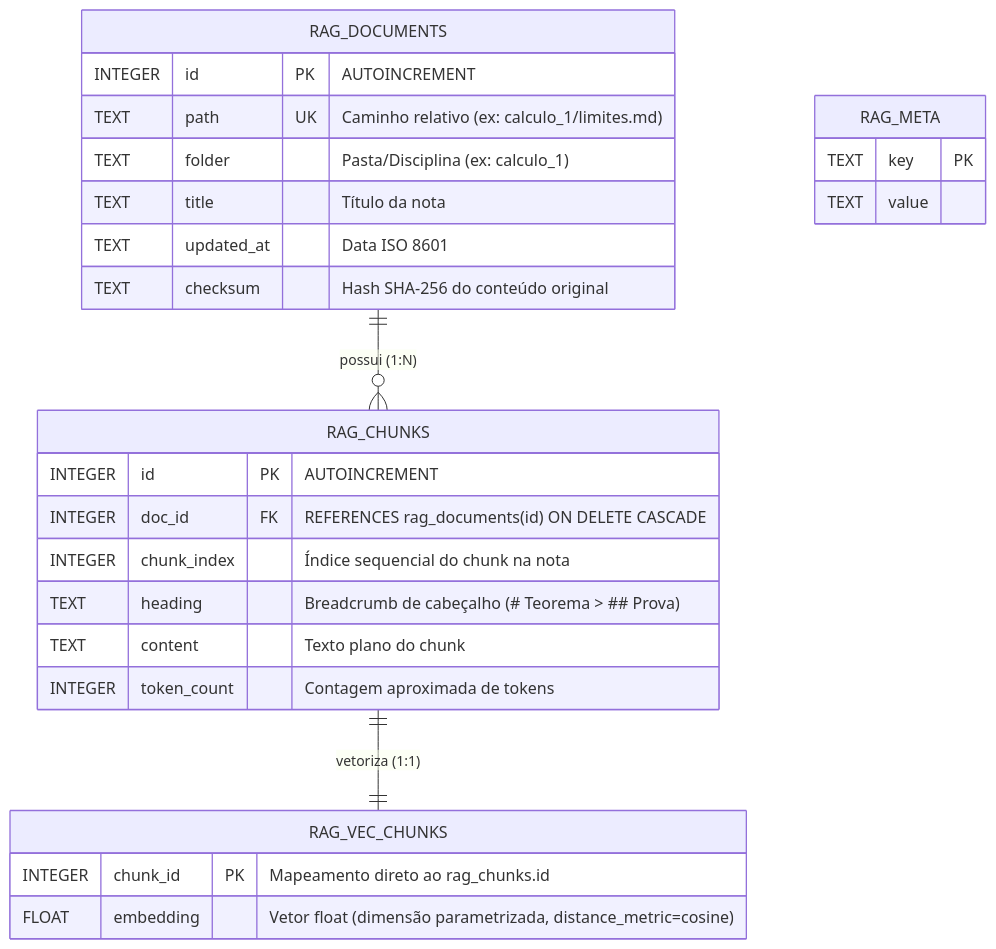
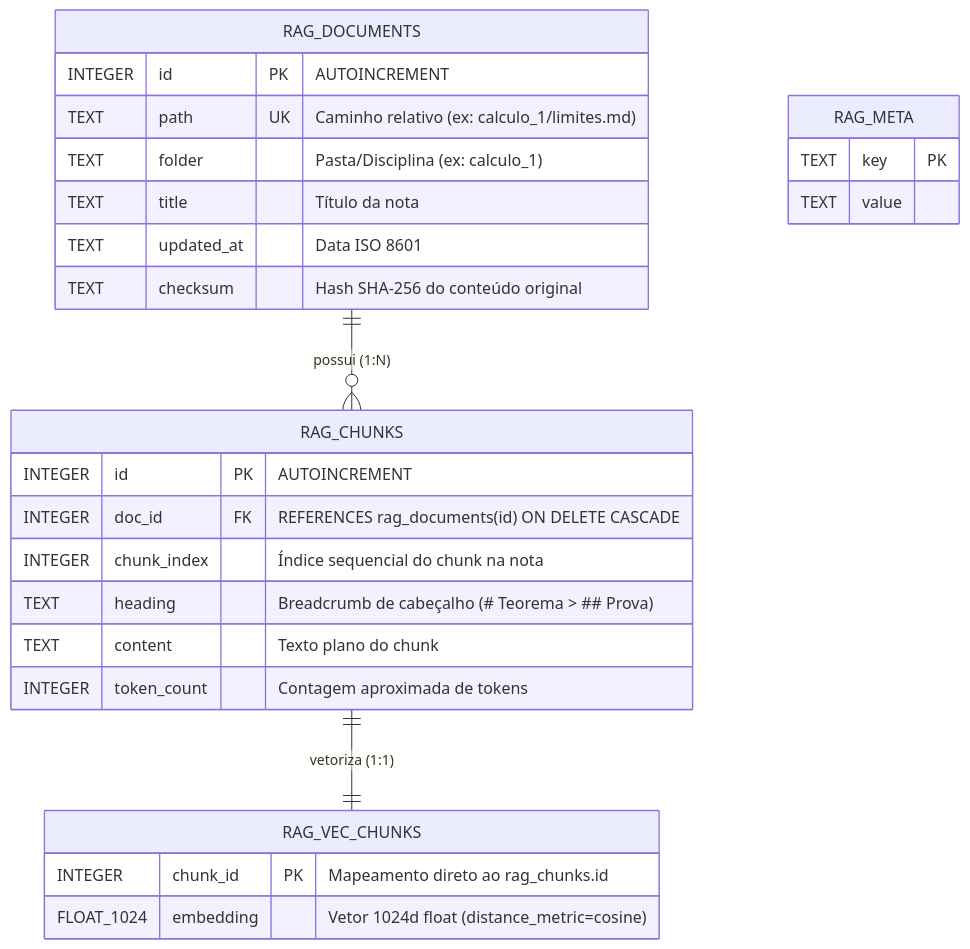
One commit to cleiton1231/Nano_bot changed the diagram in docs/plans/phase_b_rag_plan.md. Above: the diagram before and after it, drawn with Mermaid. The commit also changed other lines of this file and 1 other file, not shown here.

Commit message:
docs(plan): update Phase B plan with validated embedding port 8082 and operational notes

````diff
--- a/docs/plans/phase_b_rag_plan.md
+++ b/docs/plans/phase_b_rag_plan.md
@@ -38,33 +49,33 @@
 ```mermaid
 erDiagram
     RAG_DOCUMENTS ||--o{ RAG_CHUNKS : "possui (1:N)"
     RAG_CHUNKS ||--|| RAG_VEC_CHUNKS : "vetoriza (1:1)"
     
     RAG_DOCUMENTS {
         INTEGER id PK "AUTOINCREMENT"
         TEXT path UK "Caminho relativo (ex: calculo_1/limites.md)"
         TEXT folder "Pasta/Disciplina (ex: calculo_1)"
         TEXT title "Título da nota"
         TEXT updated_at "Data ISO 8601"
         TEXT checksum "Hash SHA-256 do conteúdo original"
     }
     
     RAG_CHUNKS {
         INTEGER id PK "AUTOINCREMENT"
         INTEGER doc_id FK "REFERENCES rag_documents(id) ON DELETE CASCADE"
         INTEGER chunk_index "Índice sequencial do chunk na nota"
         TEXT heading "Breadcrumb de cabeçalho (# Teorema > ## Prova)"
         TEXT content "Texto plano do chunk"
         INTEGER token_count "Contagem aproximada de tokens"
     }
     
     RAG_VEC_CHUNKS {
         INTEGER chunk_id PK "Mapeamento direto ao rag_chunks.id"
-        FLOAT embedding "Vetor float (dimensão parametrizada, distance_metric=cosine)"
+        FLOAT_1024 embedding "Vetor 1024d float (distance_metric=cosine)"
     }
     
     RAG_META {
         TEXT key PK
         TEXT value
     }
 ```
````
